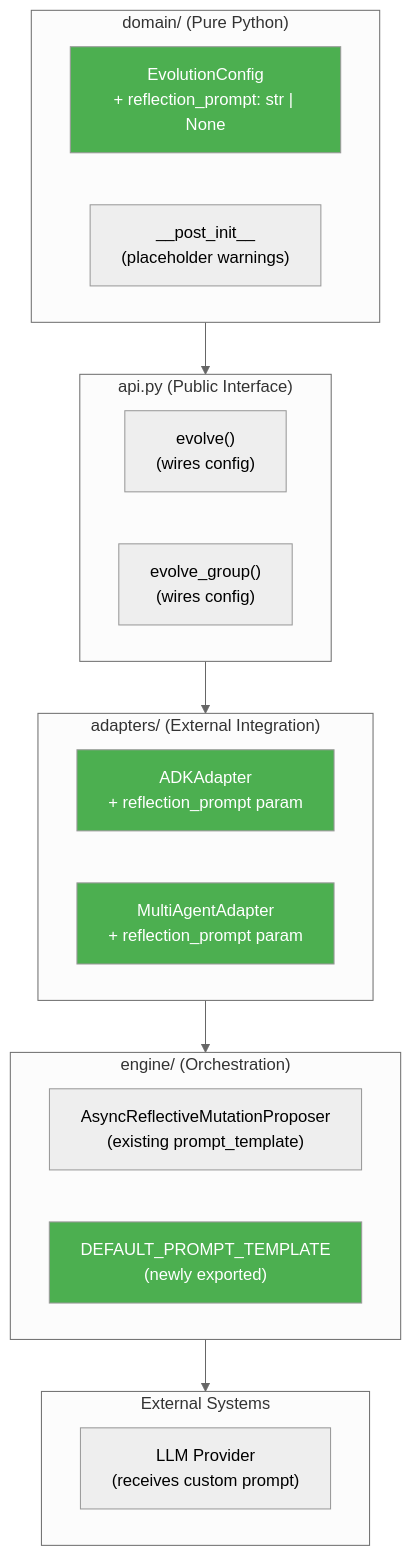
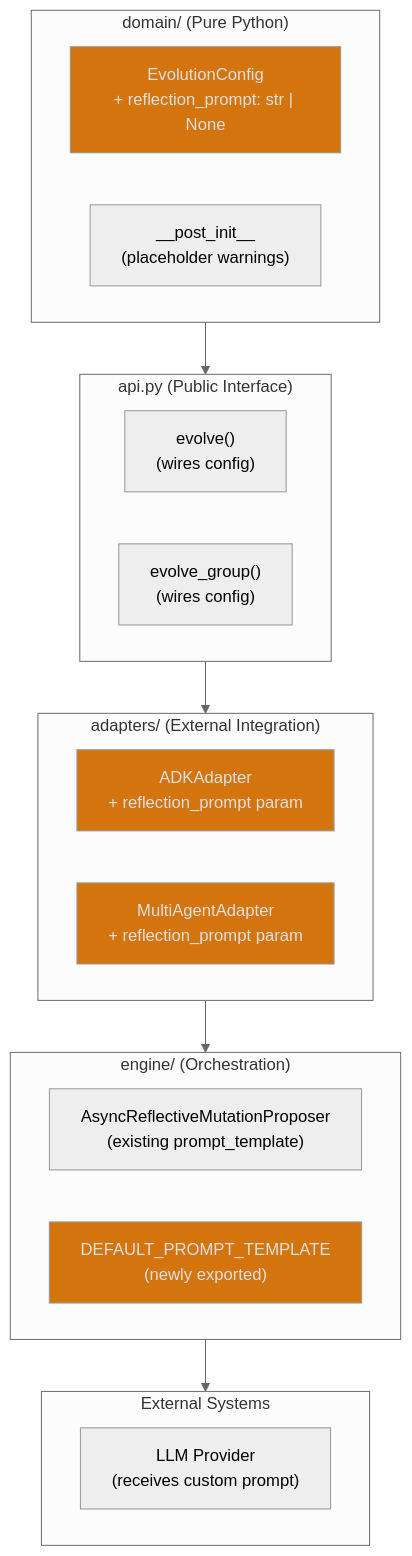
The fifth of 9 diagrams in specs/032-reflection-prompt-config/architecture.md (Alberto-Codes/gepa-adk), drawn with Mermaid (neutral theme) before and after one commit. The commit also changed other lines of this file, not shown here.

Commit message:
feat(spec): enhance architecture documentation with updated constraints and color-coded diagrams for clarity

````diff
--- a/specs/032-reflection-prompt-config/architecture.md
+++ b/specs/032-reflection-prompt-config/architecture.md
@@ -205,36 +221,36 @@
 ```mermaid
 flowchart TB
     subgraph External["External Systems"]
         LLM["LLM Provider<br/>(receives custom prompt)"]
     end
 
     subgraph Adapters["adapters/ (External Integration)"]
         ADKAdapter["ADKAdapter<br/>+ reflection_prompt param"]
         MultiAgent["MultiAgentAdapter<br/>+ reflection_prompt param"]
     end
 
     subgraph Engine["engine/ (Orchestration)"]
         Proposer["AsyncReflectiveMutationProposer<br/>(existing prompt_template)"]
         DefaultPrompt["DEFAULT_PROMPT_TEMPLATE<br/>(newly exported)"]
     end
 
     subgraph Domain["domain/ (Pure Python)"]
         Config["EvolutionConfig<br/>+ reflection_prompt: str | None"]
         Validation["__post_init__<br/>(placeholder warnings)"]
     end
 
     subgraph API["api.py (Public Interface)"]
         Evolve["evolve()<br/>(wires config)"]
         EvolveGroup["evolve_group()<br/>(wires config)"]
     end
 
     API --> Adapters
     Adapters --> Engine
     Engine --> External
     Domain --> API
 
-    style Config fill:#4CAF50,color:#fff
-    style ADKAdapter fill:#4CAF50,color:#fff
-    style MultiAgent fill:#4CAF50,color:#fff
-    style DefaultPrompt fill:#4CAF50,color:#fff
+    style Config fill:#D4740C,color:#E0E0E0
+    style ADKAdapter fill:#D4740C,color:#E0E0E0
+    style MultiAgent fill:#D4740C,color:#E0E0E0
+    style DefaultPrompt fill:#D4740C,color:#E0E0E0
 ```
````
